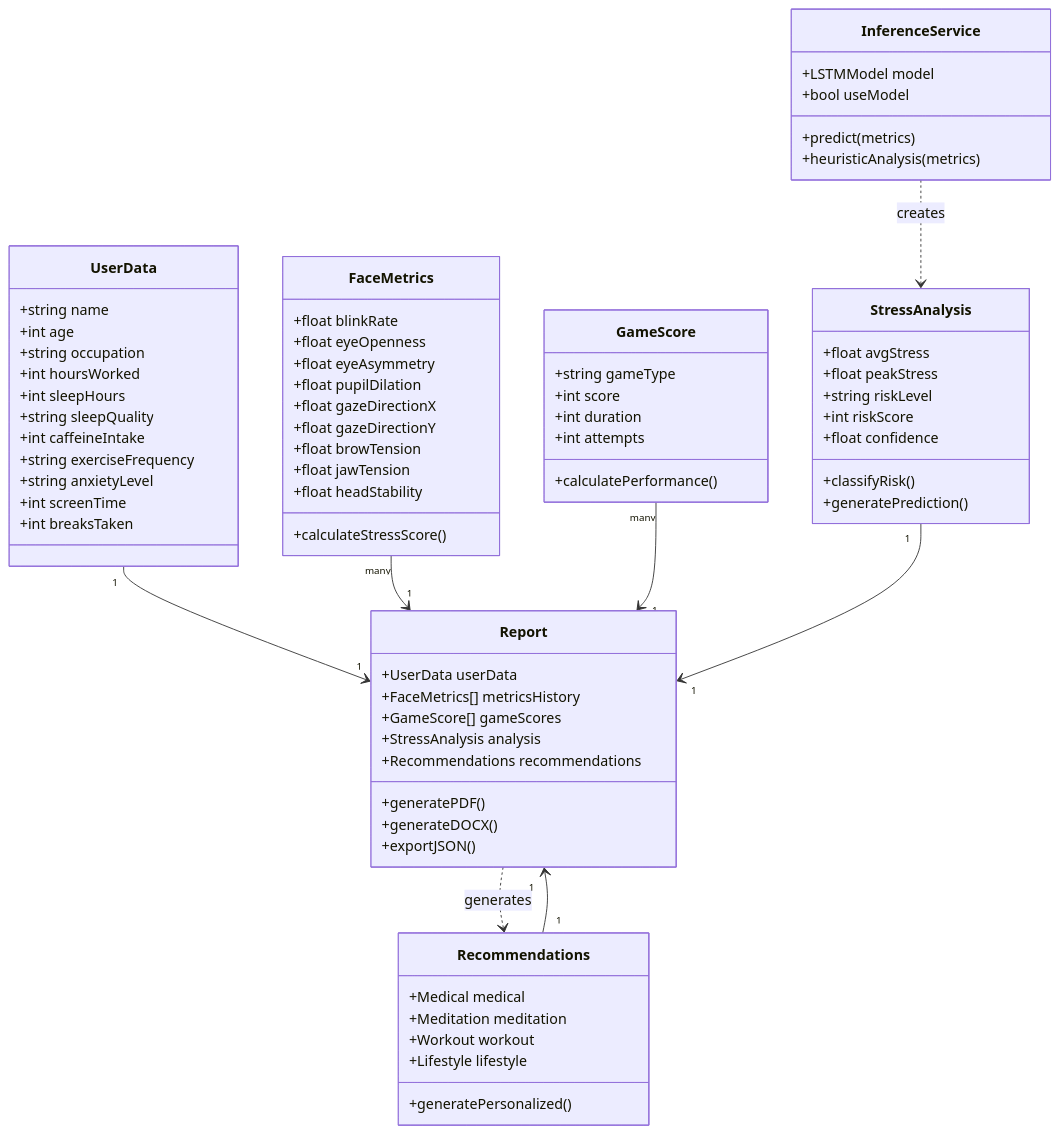
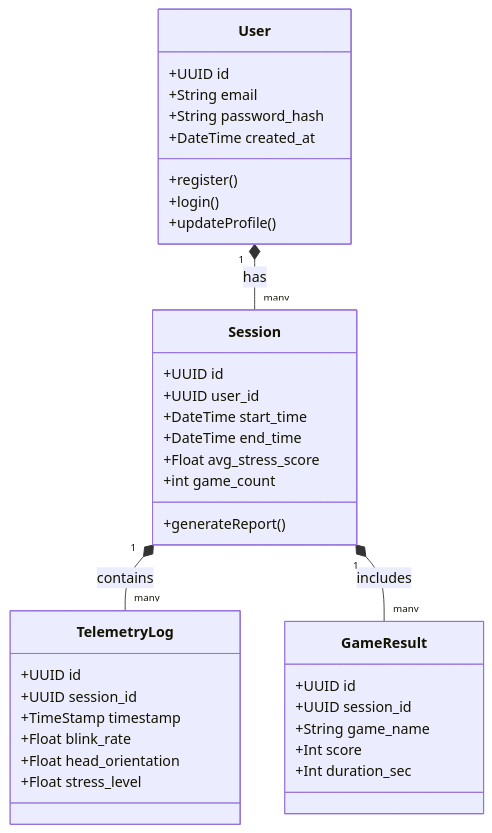
Diagram 11 of 16 in README.md (rdxkeerthi/ZenithAI), drawn with Mermaid before and after one commit. The commit also changed other lines of this file, not shown here.

````diff
--- a/README.md
+++ b/README.md
@@ -565,81 +422,43 @@
 ```mermaid
 classDiagram
-    class UserData {
-        +string name
-        +int age
-        +string occupation
-        +int hoursWorked
-        +int sleepHours
-        +string sleepQuality
-        +int caffeineIntake
-        +string exerciseFrequency
-        +string anxietyLevel
-        +int screenTime
-        +int breaksTaken
+    class User {
+        +UUID id
+        +String email
+        +String password_hash
+        +DateTime created_at
+        +register()
+        +login()
+        +updateProfile()
     }
     
-    class FaceMetrics {
-        +float blinkRate
-        +float eyeOpenness
-        +float eyeAsymmetry
-        +float pupilDilation
-        +float gazeDirectionX
-        +float gazeDirectionY
-        +float browTension
-        +float jawTension
-        +float headStability
-        +calculateStressScore()
+    class Session {
+        +UUID id
+        +UUID user_id
+        +DateTime start_time
+        +DateTime end_time
+        +Float avg_stress_score
+        +int game_count
+        +generateReport()
     }
     
-    class GameScore {
-        +string gameType
-        +int score
-        +int duration
-        +int attempts
-        +calculatePerformance()
+    class TelemetryLog {
+        +UUID id
+        +UUID session_id
+        +TimeStamp timestamp
+        +Float blink_rate
+        +Float head_orientation
+        +Float stress_level
     }
     
-    class StressAnalysis {
-        +float avgStress
-        +float peakStress
-        +string riskLevel
-        +int riskScore
-        +float confidence
-        +classifyRisk()
-        +generatePrediction()
+    class GameResult {
+        +UUID id
+        +UUID session_id
+        +String game_name
+        +Int score
+        +Int duration_sec
     }
     
-    class Report {
-        +UserData userData
-        +FaceMetrics[] metricsHistory
-        +GameScore[] gameScores
-        +StressAnalysis analysis
-        +Recommendations recommendations
-        +generatePDF()
-        +generateDOCX()
-        +exportJSON()
-    }
-    
-    class Recommendations {
-        +Medical medical
-        +Meditation meditation
-        +Workout workout
-        +Lifestyle lifestyle
-        +generatePersonalized()
-    }
-    
-    class InferenceService {
-        +LSTMModel model
-        +bool useModel
-        +predict(metrics)
-        +heuristicAnalysis(metrics)
-    }
-    
-    UserData "1" --> "1" Report
-    FaceMetrics "many" --> "1" Report
-    GameScore "many" --> "1" Report
-    StressAnalysis "1" --> "1" Report
-    Recommendations "1" --> "1" Report
-    InferenceService ..> StressAnalysis : creates
-    Report ..> Recommendations : generates
+    User "1" *-- "many" Session : has
+    Session "1" *-- "many" TelemetryLog : contains
+    Session "1" *-- "many" GameResult : includes
 ```
````
